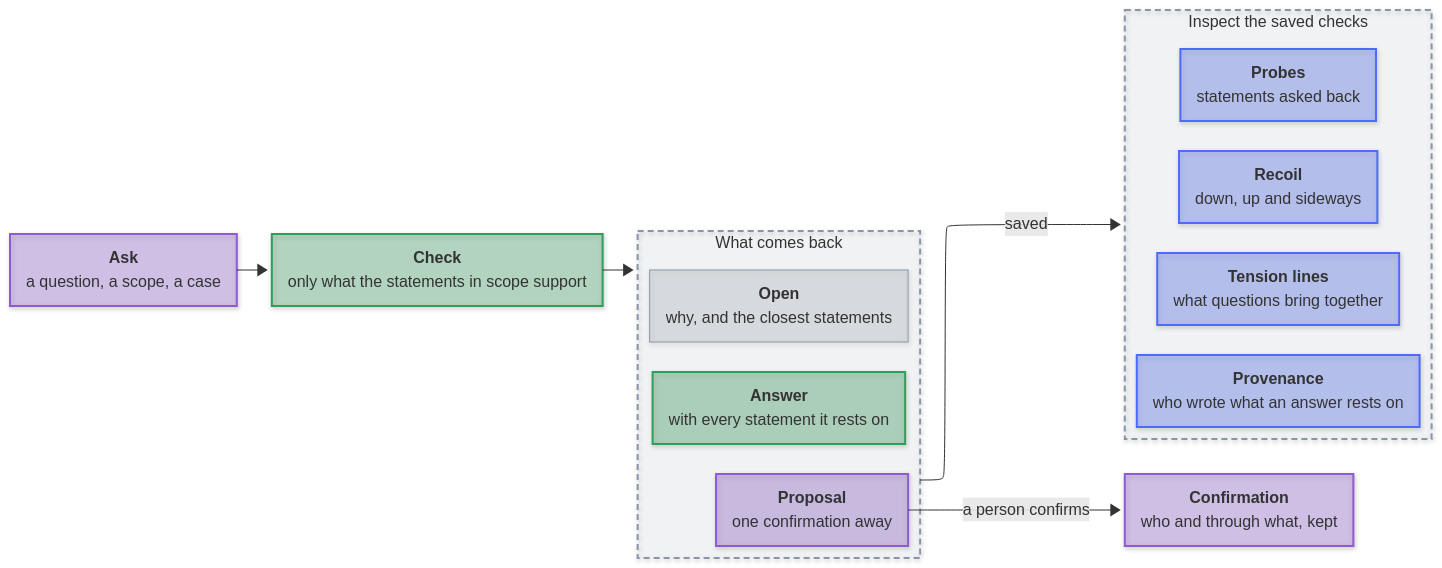
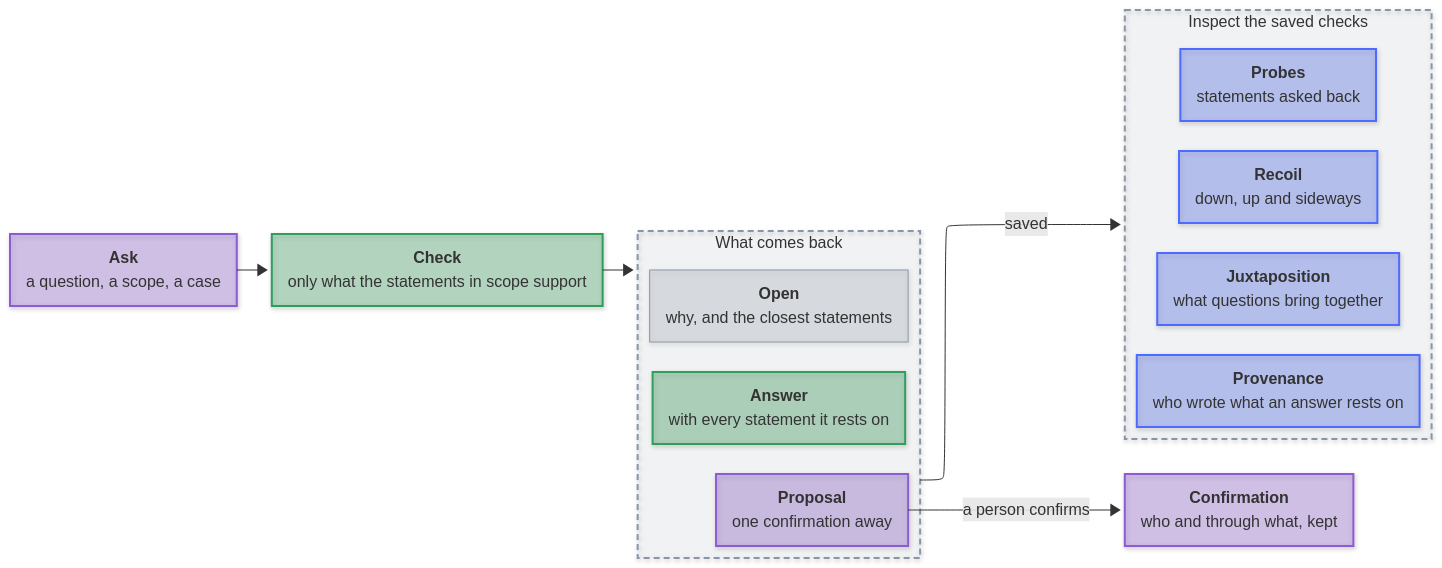
The second of 2 diagrams in README.md (mirzahusadzic/tendora), drawn with Mermaid before and after one commit. The commit also changed 8 other files, not shown here.

````diff
--- a/README.md
+++ b/README.md
@@ -78,62 +78,62 @@
 ```mermaid
 ---
 config:
     layout: elk
     look: neo
     flowchart:
         wrappingWidth: 400
     themeCSS: >-
         foreignObject { overflow: visible; }
         .edgeLabel, .edgeLabel p, .edgeLabel span {
         background: transparent !important; }
         .edgeLabel rect { fill: transparent !important; }
         .labelBkg { --knock: var(--vscode-editor-background,
         var(--bgColor-default, rgb(from currentColor
         clamp(30, (128 - r) * 100, 255) clamp(30, (128 - r) * 100, 255)
         clamp(30, (128 - r) * 100, 255)))); --ring: var(--knock);
         --fill: color-mix(in srgb, var(--ring) 30%, var(--knock));
         background: var(--fill) !important; border-radius: 4px;
         box-shadow: 0 0 0 5px var(--fill), 0 0 0 7px var(--ring); }
         .label[data-id^="L_PR_"] .labelBkg { --ring: #8e5bd6; }
         .label[data-id^="L_OUT_"] .labelBkg { --ring: #4d6bfe; }
         .edgeLabel p, .edgeLabel span, .edgeLabel text {
         --halo: var(--fill, var(--vscode-editor-background,
         var(--bgColor-default,
         rgb(from currentColor clamp(0, (128 - r) * 100, 255)
         clamp(0, (128 - r) * 100, 255) clamp(0, (128 - r) * 100, 255)))));
         text-shadow: 1px 0 var(--halo), -1px 0 var(--halo),
         0 1px var(--halo), 0 -1px var(--halo), 1px 1px var(--halo),
         -1px -1px var(--halo), 1px -1px var(--halo), -1px 1px var(--halo),
         0 0 3px var(--halo), 0 0 4px var(--halo); }
 ---
 flowchart LR
     Q["<b>Ask</b><br/>a question, a scope, a case"]
     EN["<b>Check</b><br/>only what the statements in scope support"]
     subgraph OUT["What comes back"]
         AN["<b>Answer</b><br/>with every statement it rests on"]
         OP["<b>Open</b><br/>why, and the closest statements"]
         PR["<b>Proposal</b><br/>one confirmation away"]
     end
     CF["<b>Confirmation</b><br/>who and through what, kept"]
     subgraph IN["Inspect the saved checks"]
         RC["<b>Recoil</b><br/>down, up and sideways"]
-        TL["<b>Tension lines</b><br/>what questions bring together"]
+        TL["<b>Juxtaposition</b><br/>what questions bring together"]
         PB["<b>Probes</b><br/>statements asked back"]
         PV["<b>Provenance</b><br/>who wrote what an answer rests on"]
     end
 
     Q --> EN
     EN --> OUT
     PR -->|"a person confirms"| CF
     OUT -->|"saved"| IN
 
     classDef default fill:#8a96a82e,stroke:#8a96a8,stroke-width:1px
     classDef person fill:#8e5bd64d,stroke:#8e5bd6,stroke-width:2px
     classDef kept fill:#4d6bfe4d,stroke:#4d6bfe,stroke-width:2px
     classDef engine fill:#2e9e5b4d,stroke:#2e9e5b,stroke-width:2px
     classDef group fill:#8a96a814,stroke:#8a96a8,stroke-width:2px,stroke-dasharray:6 4
     class Q,PR,CF person
     class EN,AN engine
     class RC,TL,PB,PV kept
     class OUT,IN group
 ```
````
